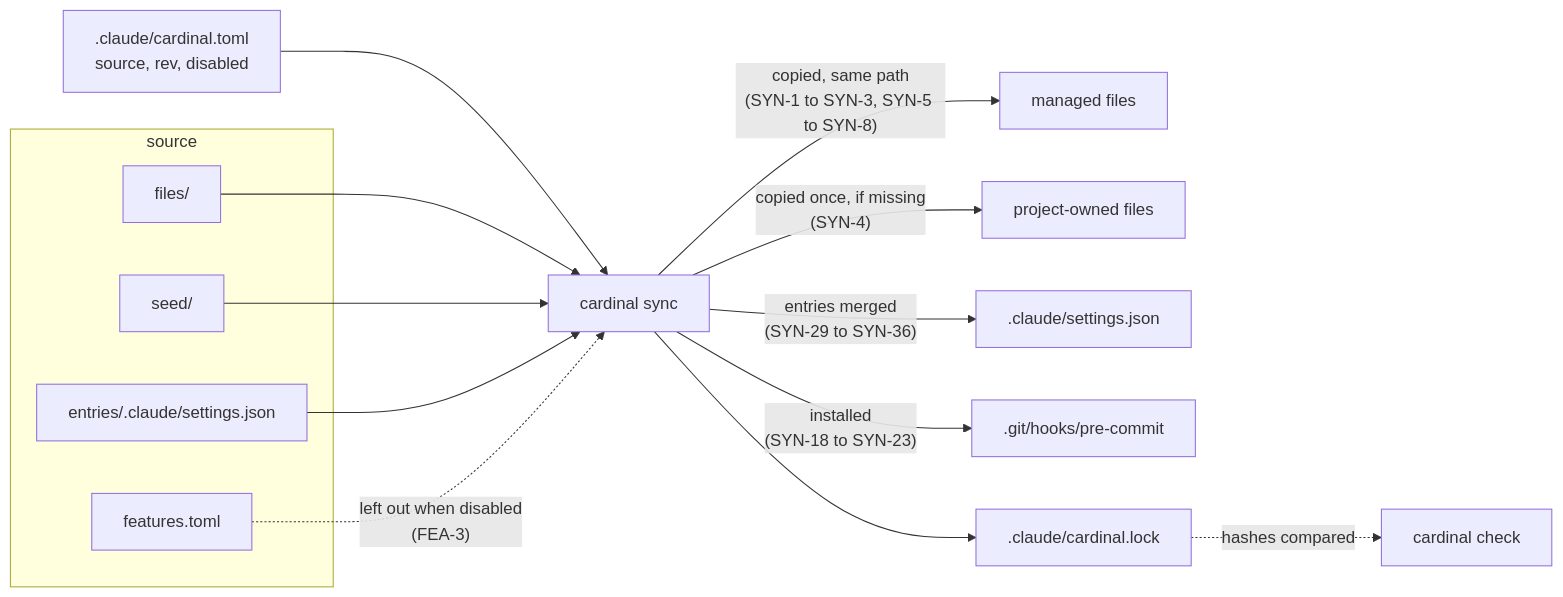
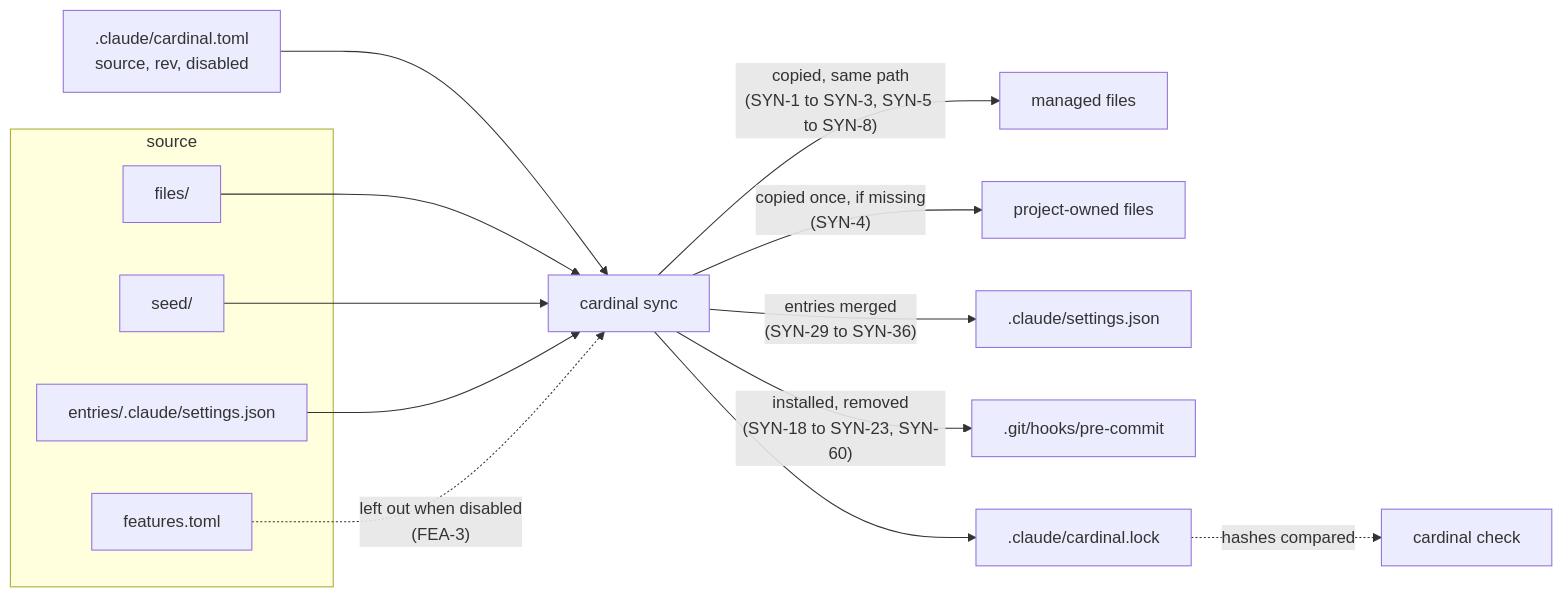
The first of 2 diagrams in docs/architecture.md (Electron-libre/cardinal), drawn with Mermaid before and after one commit. The commit also changed 7 other files, not shown here.

````diff
--- a/docs/architecture.md
+++ b/docs/architecture.md
@@ -15,20 +15,20 @@
 ```mermaid
 flowchart LR
   toml[".claude/cardinal.toml<br/>source, rev, disabled"] --> sync["cardinal sync"]
   subgraph source
     files["files/"]
     seed["seed/"]
     entries["entries/.claude/settings.json"]
     features["features.toml"]
   end
   files --> sync
   seed --> sync
   entries --> sync
   features -.->|"left out when disabled<br/>(FEA-3)"| sync
   sync -->|"copied, same path<br/>(SYN-1 to SYN-3, SYN-5 to SYN-8)"| managed["managed files"]
   sync -->|"copied once, if missing<br/>(SYN-4)"| owned["project-owned files"]
   sync -->|"entries merged<br/>(SYN-29 to SYN-36)"| settings[".claude/settings.json"]
-  sync -->|"installed<br/>(SYN-18 to SYN-23)"| gate[".git/hooks/pre-commit"]
+  sync -->|"installed, removed<br/>(SYN-18 to SYN-23, SYN-60)"| gate[".git/hooks/pre-commit"]
   sync --> lock[".claude/cardinal.lock"]
   lock -.->|hashes compared| check["cardinal check"]
 ```
````
